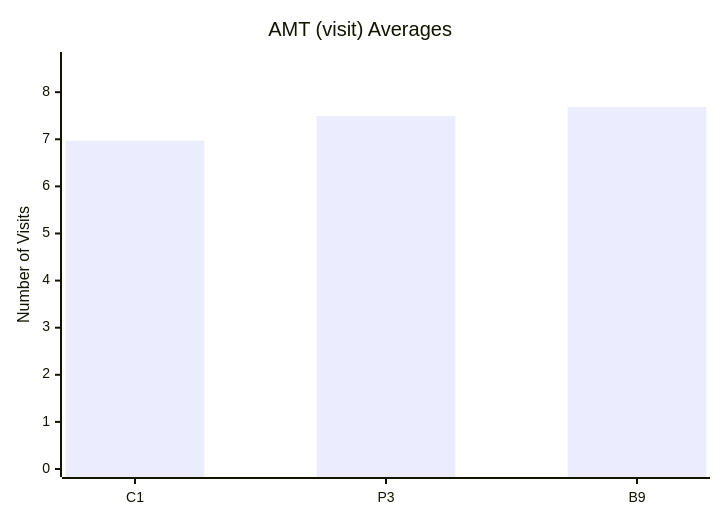
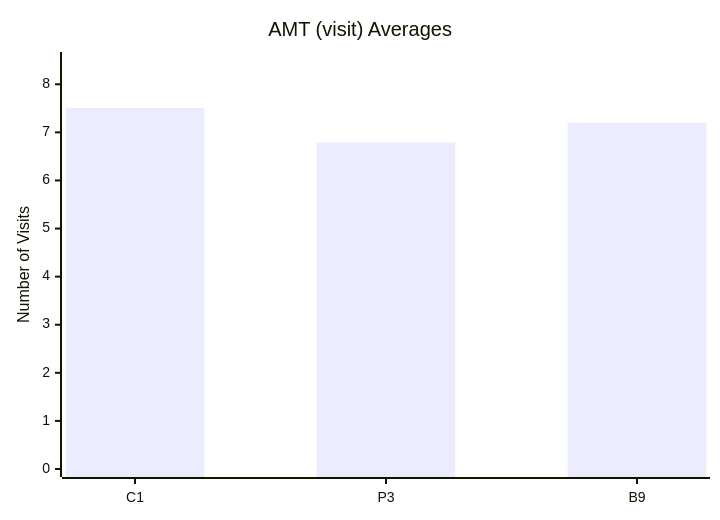
Before and after one commit to dhagan-va/intern-2025: the tenth of 10 diagrams in test-tools/DataGen/src/Statistics_Visualizer.md, drawn with Mermaid. The commit also changed other lines of this file and 3 other files, not shown here.

````diff
--- a/test-tools/DataGen/src/Statistics_Visualizer.md
+++ b/test-tools/DataGen/src/Statistics_Visualizer.md
@@ -106,7 +106,7 @@
 ```mermaid
 xychart-beta
     title "AMT (visit) Averages"
     x-axis ["C1", "P3", "B9"]
-    y-axis "Number of Visits" 0 --> 8.683168316831683
-    bar [6.97029702970297, 7.4950495049504955, 7.683168316831683]
+    y-axis "Number of Visits" 0 --> 8.504950495049505
+    bar [7.5049504950495045, 6.792079207920792, 7.198019801980198]
 ```
````
